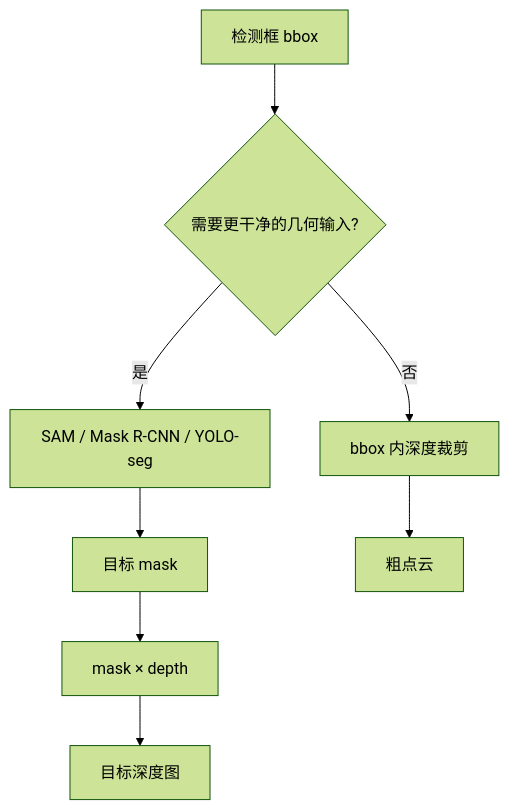
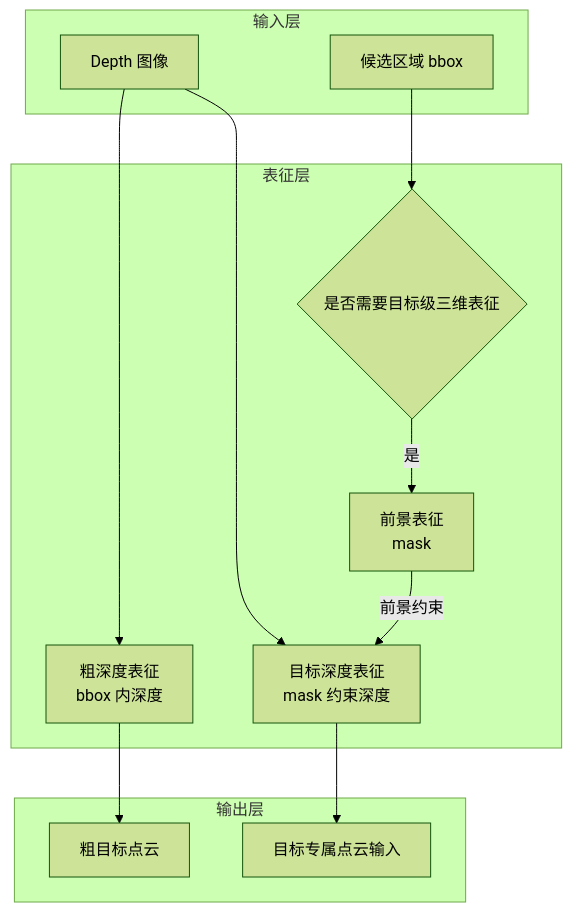
Before and after one commit to Xbotics-Embodied-AI-club/Xbotics-Embodied-AI-Handbook: the fifth of 12 diagrams in docs/part2-vision-manipulation/06-pose_0719.md, drawn with Mermaid (forest theme). The commit also changed other lines of this file and 9 other files, not shown here.

````diff
--- a/docs/part2-vision-manipulation/06-pose_0719.md
+++ b/docs/part2-vision-manipulation/06-pose_0719.md
@@ -305,10 +340,27 @@
 ```mermaid
 flowchart TD
-    A[检测框 bbox] --> B{需要更干净的几何输入?}
-    B -- 是 --> C[SAM / Mask R-CNN / YOLO-seg]
-    C --> D[目标 mask]
-    D --> E[mask × depth]
-    E --> F[目标深度图]
-    B -- 否 --> G[bbox 内深度裁剪]
-    G --> H[粗点云]
+    subgraph I5[输入层]
+        A5[候选区域 bbox]
+        B5[Depth 图像]
+    end
+    subgraph R5[表征层]
+        C5{是否需要目标级三维表征}
+        D5[前景表征
+mask]
+        E5[粗深度表征
+bbox 内深度]
+        F5[目标深度表征
+mask 约束深度]
+    end
+    subgraph O5[输出层]
+        G5[粗目标点云]
+        H5[目标专属点云输入]
+    end
+    A5 --> C5
+    C5 -- 是 --> D5
+    B5 --> E5
+    D5 -->|前景约束| F5
+    B5 --> F5
+    E5 --> G5
+    F5 --> H5
 ```
````
